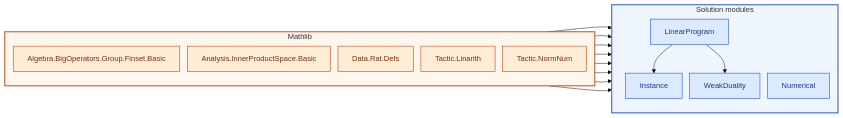
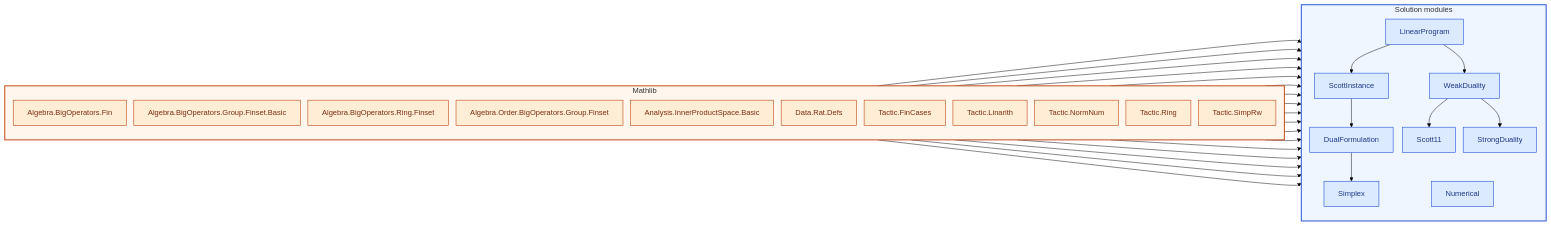
One commit to catskillsresearch/fabbro changed the diagram in courses/21-292.md. Above: the diagram before and after it, drawn with Mermaid (forest theme). The commit also changed other lines of this file and 89 other files, not shown here.

````diff
--- a/courses/21-292.md
+++ b/courses/21-292.md
@@ -23,36 +24,59 @@
 ```mermaid
 %%{init: {"flowchart": {"htmlLabels": false, "nodeSpacing": 16, "rankSpacing": 36}}}%%
 flowchart LR
   classDef course fill:#dbeafe,stroke:#1d4ed8,color:#1e3a8a,stroke-width:1.2px
   classDef mathlib fill:#ffedd5,stroke:#c2410c,color:#7c2d12,stroke-width:1.2px
 
   subgraph ML["Mathlib"]
     direction TB
     style ML fill:#fff7ed,stroke:#c2410c,stroke-width:2px
+    LAlgebraBigOperatorsFin["Algebra.BigOperators.Fin"]:::mathlib
     LAlgebraBigOperatorsGroupFinsetBasic["Algebra.BigOperators.Group.Finset.Basic"]:::mathlib
+    LAlgebraBigOperatorsRingFinset["Algebra.BigOperators.Ring.Finset"]:::mathlib
+    LAlgebraOrderBigOperatorsGroupFinset["Algebra.Order.BigOperators.Group.Finset"]:::mathlib
     LAnalysisInnerProductSpaceBasic["Analysis.InnerProductSpace.Basic"]:::mathlib
     LDataRatDefs["Data.Rat.Defs"]:::mathlib
+    LTacticFinCases["Tactic.FinCases"]:::mathlib
     LTacticLinarith["Tactic.Linarith"]:::mathlib
     LTacticNormNum["Tactic.NormNum"]:::mathlib
+    LTacticRing["Tactic.Ring"]:::mathlib
+    LTacticSimpRw["Tactic.SimpRw"]:::mathlib
   end
 
   subgraph SOL["Solution modules"]
     direction TB
     style SOL fill:#eff6ff,stroke:#1d4ed8,stroke-width:2px
-    MInstance["Instance"]:::course
+    MDualFormulation["DualFormulation"]:::course
     MLinearProgram["LinearProgram"]:::course
+    MScott11["Scott11"]:::course
+    MScottInstance["ScottInstance"]:::course
+    MSimplex["Simplex"]:::course
+    MStrongDuality["StrongDuality"]:::course
     MWeakDuality["WeakDuality"]:::course
     MCourse21292Numerical["Numerical"]:::course
   end
 
-  LTacticNormNum --> MInstance
-  MLinearProgram --> MInstance
+  LTacticRing --> MDualFormulation
+  LAlgebraBigOperatorsFin --> MDualFormulation
+  MScottInstance --> MDualFormulation
+  LAlgebraBigOperatorsGroupFinsetBasic --> MLinearProgram
   LAnalysisInnerProductSpaceBasic --> MLinearProgram
   LDataRatDefs --> MLinearProgram
-  LAlgebraBigOperatorsGroupFinsetBasic --> MLinearProgram
+  MWeakDuality --> MScott11
+  MLinearProgram --> MScottInstance
+  LTacticFinCases --> MSimplex
+  LTacticNormNum --> MSimplex
+  MDualFormulation --> MSimplex
+  MWeakDuality --> MStrongDuality
+  LAlgebraOrderBigOperatorsGroupFinset --> MWeakDuality
+  LAlgebraBigOperatorsRingFinset --> MWeakDuality
+  LTacticSimpRw --> MWeakDuality
   LTacticLinarith --> MWeakDuality
+  LTacticRing --> MWeakDuality
   MLinearProgram --> MWeakDuality
+  LAlgebraBigOperatorsGroupFinsetBasic --> MCourse21292Numerical
+  LTacticFinCases --> MCourse21292Numerical
+  LAlgebraBigOperatorsFin --> MCourse21292Numerical
   LTacticNormNum --> MCourse21292Numerical
   LDataRatDefs --> MCourse21292Numerical
-  LAlgebraBigOperatorsGroupFinsetBasic --> MCourse21292Numerical
 ```
````
